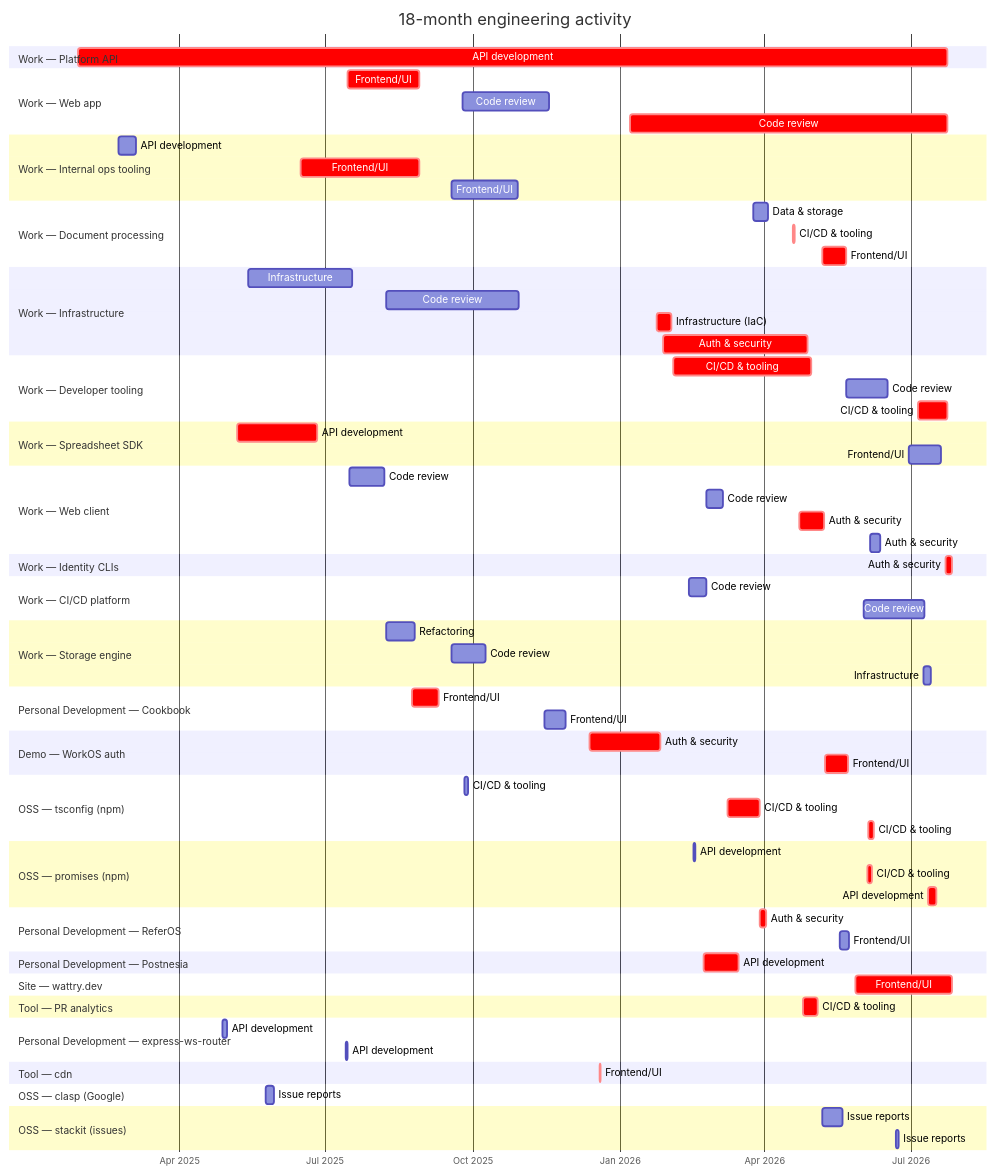
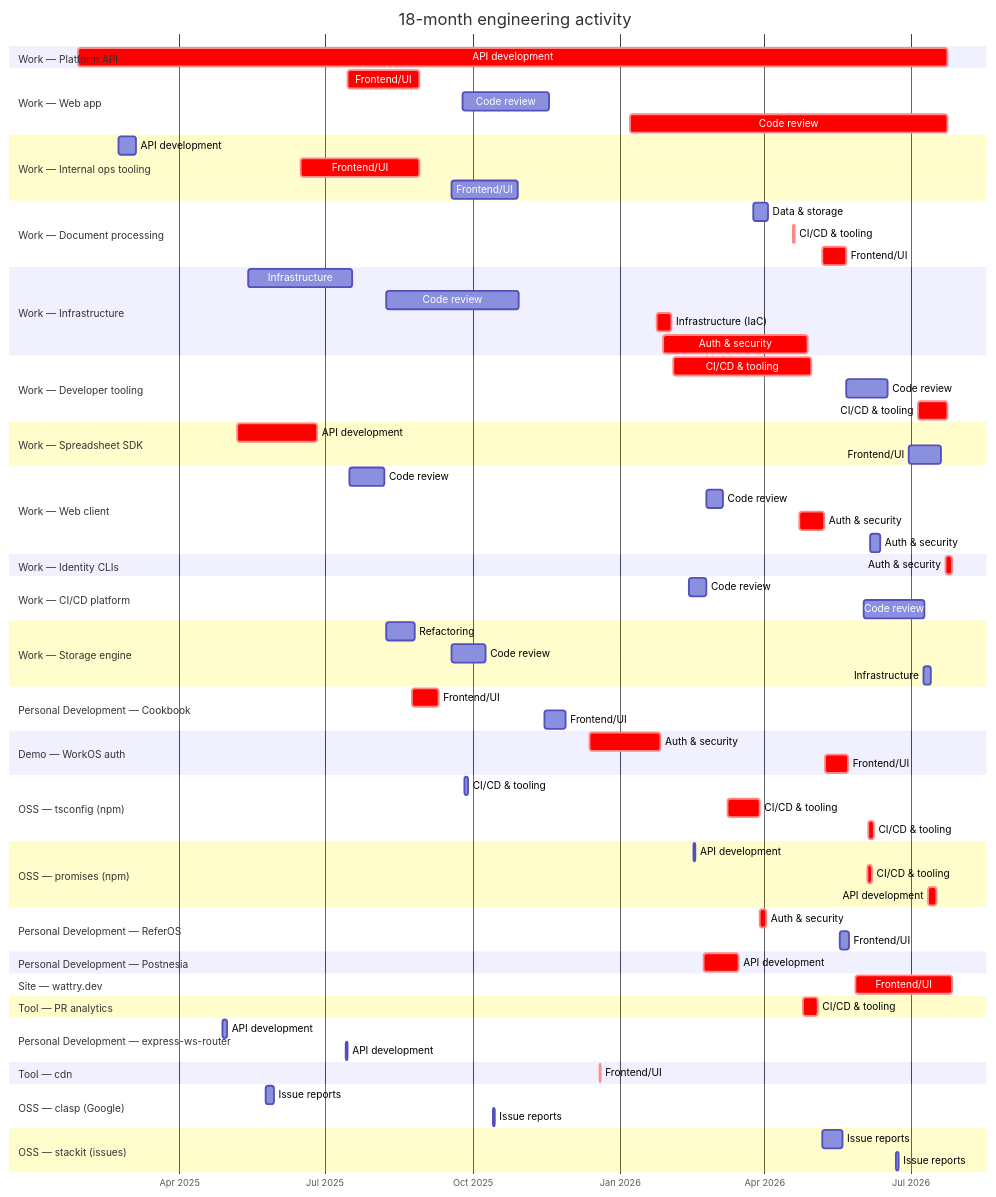
The diagram in src/work/2026-07-27-public-gantt.mmd (wattry/wattry.dev), drawn with Mermaid before and after one commit. The commit also changed 2 other files, not shown here.

Commit message:
fix: always chart external OSS contributions, restore clasp issue

```diff
--- a/src/work/2026-07-27-public-gantt.mmd
+++ b/src/work/2026-07-27-public-gantt.mmd
@@ -1,100 +1,101 @@
 gantt
     title 18-month engineering activity
     dateFormat YYYY-MM-DD
     axisFormat %b %Y
 
     section Work — Platform API
     API development            :crit, a1, 2025-01-28, 2026-07-24
 
     section Work — Web app
     Frontend/UI                :crit, b1, 2025-07-15, 2025-08-29
     Code review                :b2, 2025-09-25, 2025-11-18
     Code review                :crit, b3, 2026-01-07, 2026-07-24
 
     section Work — Internal ops tooling
     API development            :c1, 2025-02-22, 2025-03-05
     Frontend/UI                :crit, c2, 2025-06-16, 2025-08-29
     Frontend/UI                :c3, 2025-09-18, 2025-10-29
 
     section Work — Document processing
     Data & storage             :d1, 2026-03-25, 2026-04-03
     CI/CD & tooling            :crit, d2, 2026-04-19, 2026-04-20
     Frontend/UI                :crit, d3, 2026-05-07, 2026-05-22
 
     section Work — Infrastructure
     Infrastructure             :e1, 2025-05-14, 2025-07-18
     Code review                :e2, 2025-08-08, 2025-10-30
     Infrastructure (IaC)       :crit, e3, 2026-01-24, 2026-02-02
     Auth & security            :crit, e4, 2026-01-28, 2026-04-28
 
     section Work — Developer tooling
     CI/CD & tooling            :crit, f1, 2026-02-03, 2026-04-30
     Code review                :f2, 2026-05-22, 2026-06-17
     CI/CD & tooling            :crit, f3, 2026-07-06, 2026-07-24
 
     section Work — Spreadsheet SDK
     API development            :crit, g1, 2025-05-07, 2025-06-26
     Frontend/UI                :g2, 2026-06-30, 2026-07-20
 
     section Work — Web client
     Code review                :h1, 2025-07-16, 2025-08-07
     Code review                :h2, 2026-02-24, 2026-03-06
     Auth & security            :crit, h3, 2026-04-23, 2026-05-08
     Auth & security            :h4, 2026-06-06, 2026-06-12
 
     section Work — Identity CLIs
     Auth & security            :crit, i1, 2026-07-23, 2026-07-27
 
     section Work — CI/CD platform
     Code review                :j1, 2026-02-13, 2026-02-24
     Code review                :j2, 2026-06-02, 2026-07-10
 
     section Work — Storage engine
     Refactoring                :k1, 2025-08-08, 2025-08-26
     Code review                :k2, 2025-09-18, 2025-10-09
     Infrastructure             :k3, 2026-07-09, 2026-07-14
 
     section Personal Development — Cookbook
     Frontend/UI                :crit, l1, 2025-08-24, 2025-09-10
     Frontend/UI                :l2, 2025-11-15, 2025-11-28
 
     section Demo — WorkOS auth
     Auth & security            :crit, m1, 2025-12-13, 2026-01-26
     Frontend/UI                :crit, m2, 2026-05-09, 2026-05-23
 
     section OSS — tsconfig (npm)
     CI/CD & tooling            :n1, 2025-09-26, 2025-09-28
     CI/CD & tooling            :crit, n2, 2026-03-09, 2026-03-29
     CI/CD & tooling            :crit, n3, 2026-06-05, 2026-06-08
 
     section OSS — promises (npm)
     API development            :o1, 2026-02-16, 2026-02-17
     CI/CD & tooling            :crit, o2, 2026-06-04, 2026-06-07
     API development            :crit, o3, 2026-07-12, 2026-07-17
 
     section Personal Development — ReferOS
     Auth & security            :crit, p1, 2026-03-29, 2026-04-02
     Frontend/UI                :p2, 2026-05-18, 2026-05-24
 
     section Personal Development — Postnesia
     API development            :crit, q1, 2026-02-22, 2026-03-16
 
     section Site — wattry.dev
     Frontend/UI                :crit, r1, 2026-05-28, 2026-07-27
 
     section Tool — PR analytics
     CI/CD & tooling            :crit, s1, 2026-04-25, 2026-05-04
 
     section Personal Development — express-ws-router
     API development            :t1, 2025-04-28, 2025-05-01
     API development            :t2, 2025-07-14, 2025-07-15
 
     section Tool — cdn
     Frontend/UI                :crit, u1, 2025-12-19, 2025-12-20
 
     section OSS — clasp (Google)
     Issue reports              :v1, 2025-05-25, 2025-05-30
+    Issue reports              :v2, 2025-10-14, 1d
 
     section OSS — stackit (issues)
     Issue reports              :w1, 2026-05-07, 2026-05-20
     Issue reports              :w2, 2026-06-22, 2026-06-24
```
